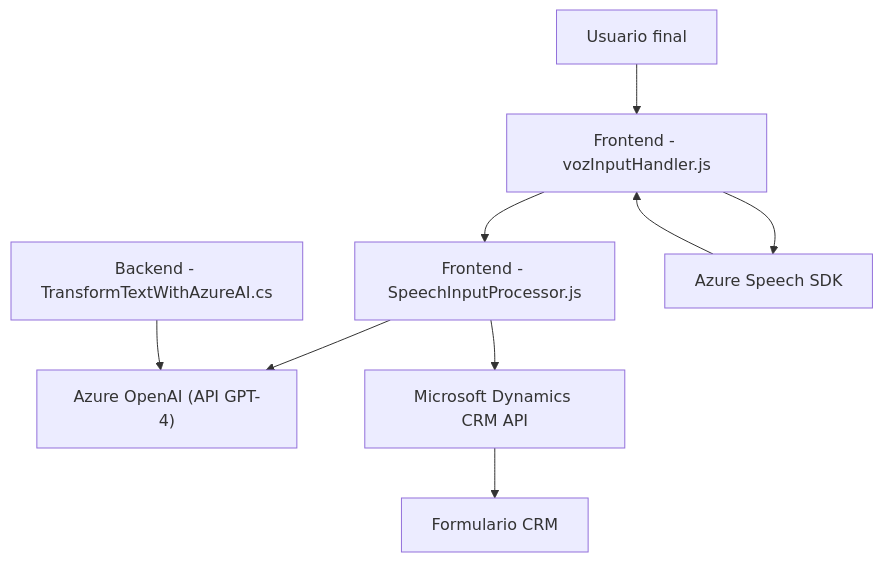
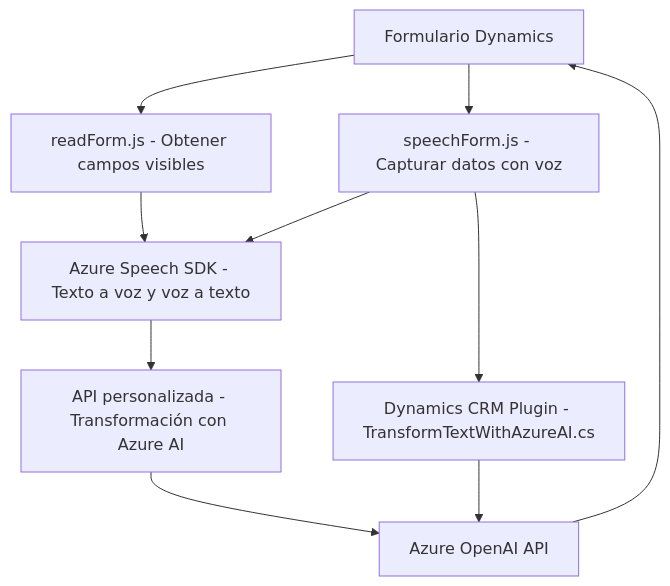
One commit to blopezdm/NETCORE_BILBAO2025 changed the diagram in README.md. Above: the diagram before and after it, drawn with Mermaid. The commit also changed other lines of this file, not shown here.

Commit message:
Actualizar análisis global de la solución con IA

````diff
--- a/README.md
+++ b/README.md
@@ -48,19 +37,20 @@
 ```mermaid
 graph TD
-    A["Frontend - vozInputHandler.js"]
-    B["Frontend - SpeechInputProcessor.js"]
-    C["Backend - TransformTextWithAzureAI.cs"]
-    D["Azure Speech SDK"]
-    E["Azure OpenAI (API GPT-4)"]
-    F["Microsoft Dynamics CRM API"]
-    G["Usuario final"]
-    H["Formulario CRM"]
+    A["Formulario Dynamics"]
+    B["readForm.js - Obtener campos visibles"]
+    C["speechForm.js - Capturar datos con voz"]
+    D["Azure Speech SDK - Texto a voz y voz a texto"]
+    E["API personalizada - Transformación con Azure AI"]
+    F["Dynamics CRM Plugin - TransformTextWithAzureAI.cs"]
+    G["Azure OpenAI API"]
 
-    G --> A --> D
-    D --> A
     A --> B
-    B --> F
-    F --> H
-    B --> E
-    C --> E
+    A --> C
+    B --> D
+    C --> D
+    D --> E
+    C --> F
+    E --> G
+    F --> G
+    G --> A
 ```
````
